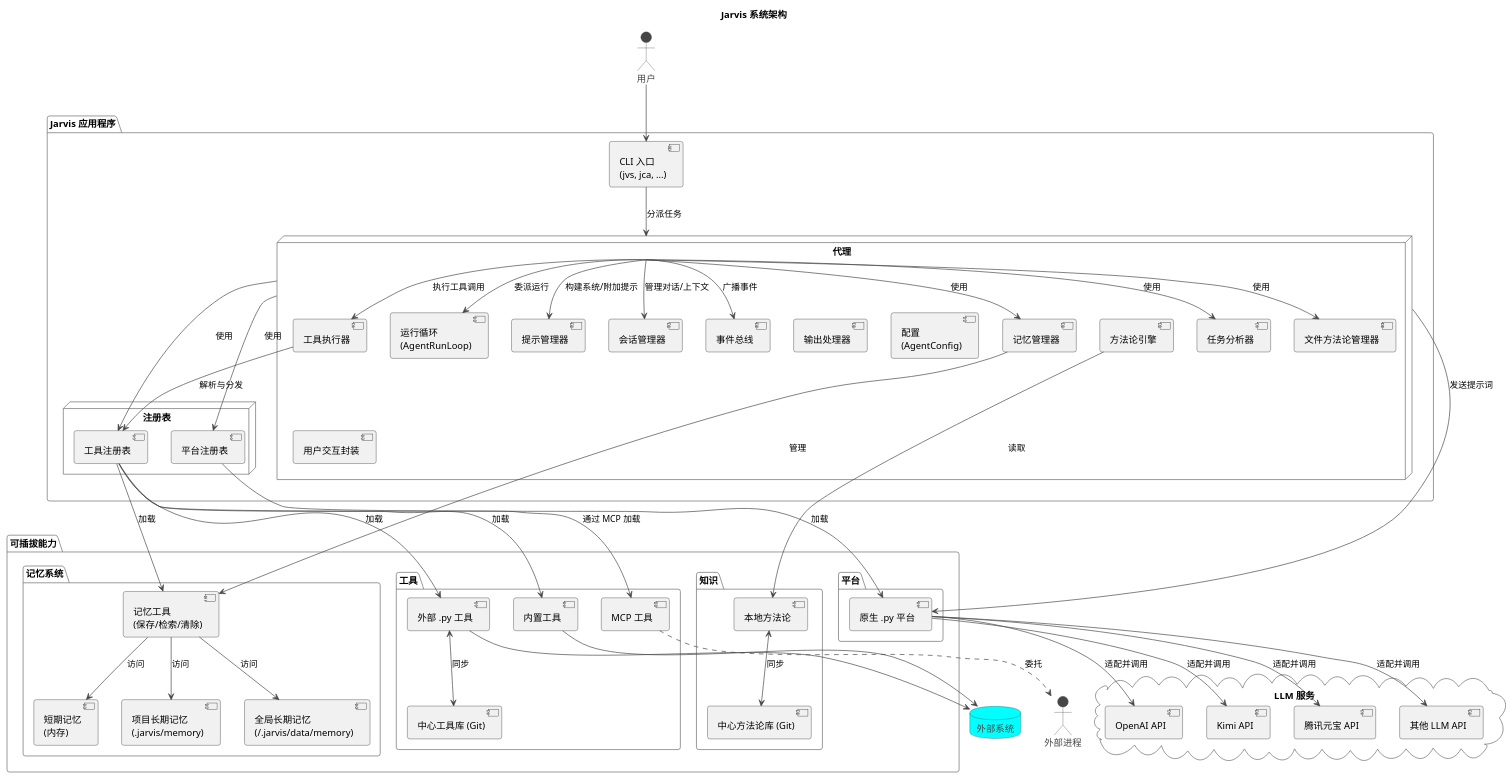
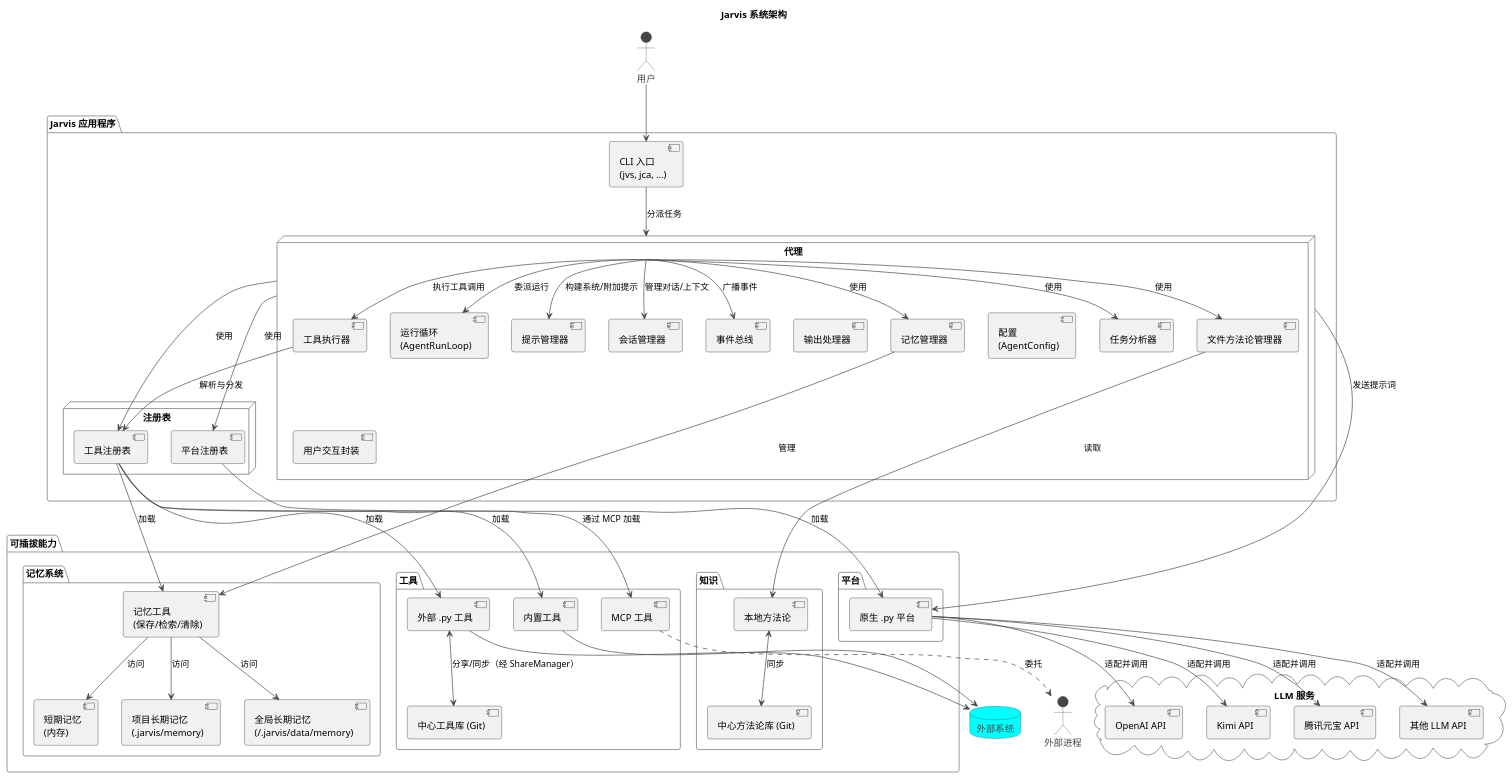
Before and after one commit to skyfireitdiy/Jarvis: the first of 3 diagrams in docs/jarvis_book/3.核心概念与架构.md, drawn with PlantUML. The commit also changed other lines of this file and 5 other files, not shown here.

```diff
--- a/docs/jarvis_book/3.核心概念与架构.md
+++ b/docs/jarvis_book/3.核心概念与架构.md
@@ -88,7 +88,7 @@
         [工具执行器]
         [配置\n(AgentConfig)]
         [用户交互封装]
-        [方法论引擎]
+
         [记忆管理器]
         [任务分析器]
         [文件方法论管理器]
@@ -145,7 +145,7 @@
 工具注册表 --> [内置工具] : 加载
 工具注册表 --> [外部 .py 工具] : 加载
 工具注册表 --> [MCP 工具] : 通过 MCP 加载
-[外部 .py 工具] <--> CentralTool : 同步
+[外部 .py 工具] <--> CentralTool : 分享/同步（经 ShareManager）
 
 平台注册表 --> [原生 .py 平台] : 加载
 
@@ -159,7 +159,7 @@
 [外部 .py 工具] --> "外部系统"
 [MCP 工具] ..> "外部进程" : 委托
 
-[方法论引擎] --> [本地方法论] : 读取
+[文件方法论管理器] --> [本地方法论] : 读取
 [本地方法论] <--> CentralMethodology : 同步
 
 [记忆管理器] --> [记忆工具\n(保存/检索/清除)] : 管理
```
